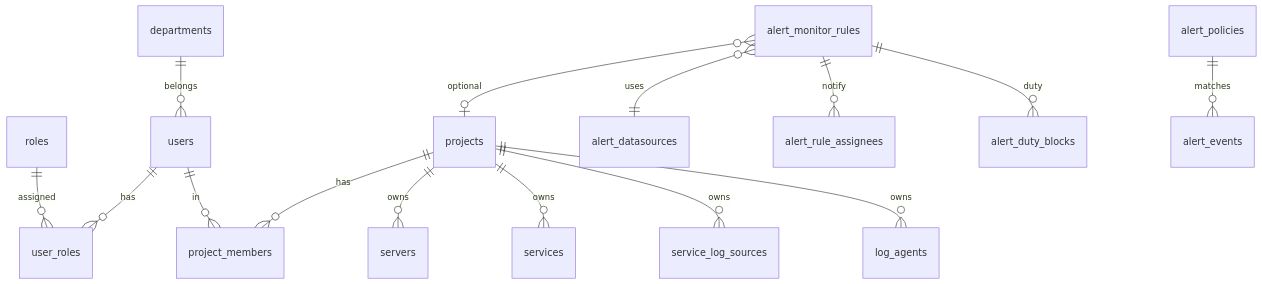
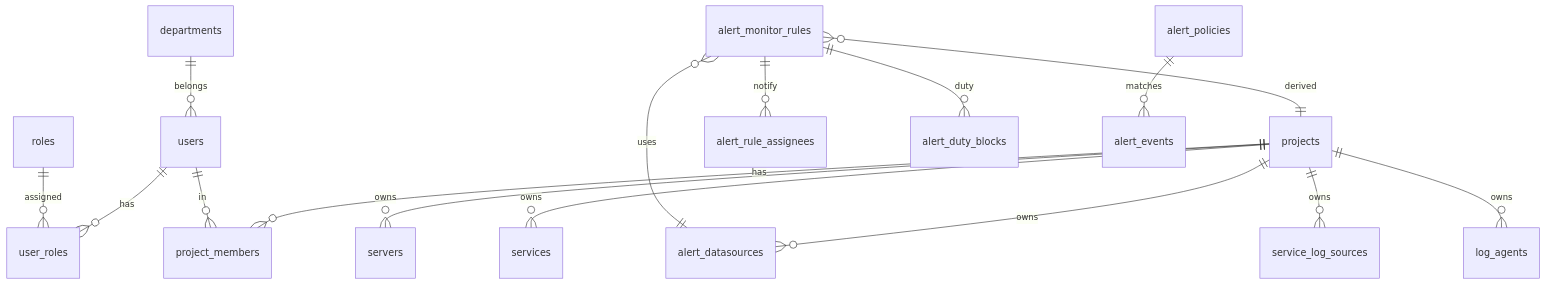
One commit to chinesewxd123/yunshu changed the diagram in docs/handbook/database/schema-and-relationships.md. Above: the diagram before and after it, drawn with Mermaid. The commit also changed other lines of this file and 169 other files, not shown here.

````diff
--- a/docs/handbook/database/schema-and-relationships.md
+++ b/docs/handbook/database/schema-and-relationships.md
@@ -7,17 +7,18 @@
 ```mermaid
 erDiagram
   users ||--o{ user_roles : has
   roles ||--o{ user_roles : assigned
   departments ||--o{ users : belongs
   projects ||--o{ project_members : has
   users ||--o{ project_members : in
   projects ||--o{ servers : owns
   projects ||--o{ services : owns
   projects ||--o{ service_log_sources : owns
   projects ||--o{ log_agents : owns
+  projects ||--o{ alert_datasources : owns
   alert_monitor_rules }o--|| alert_datasources : uses
-  alert_monitor_rules }o--o| projects : optional
+  alert_monitor_rules }o--|| projects : derived
   alert_monitor_rules ||--o{ alert_rule_assignees : notify
   alert_monitor_rules ||--o{ alert_duty_blocks : duty
   alert_policies ||--o{ alert_events : matches
 ```
````
